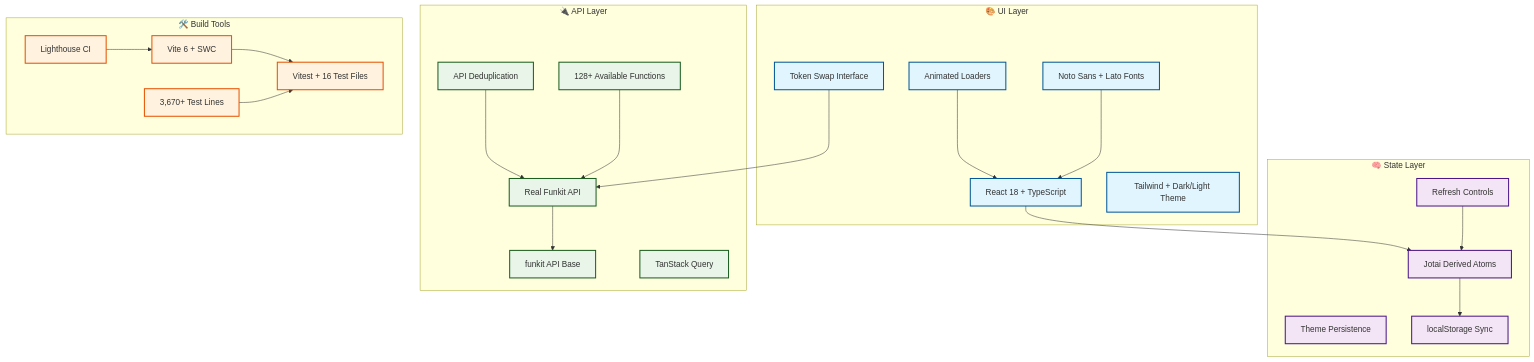
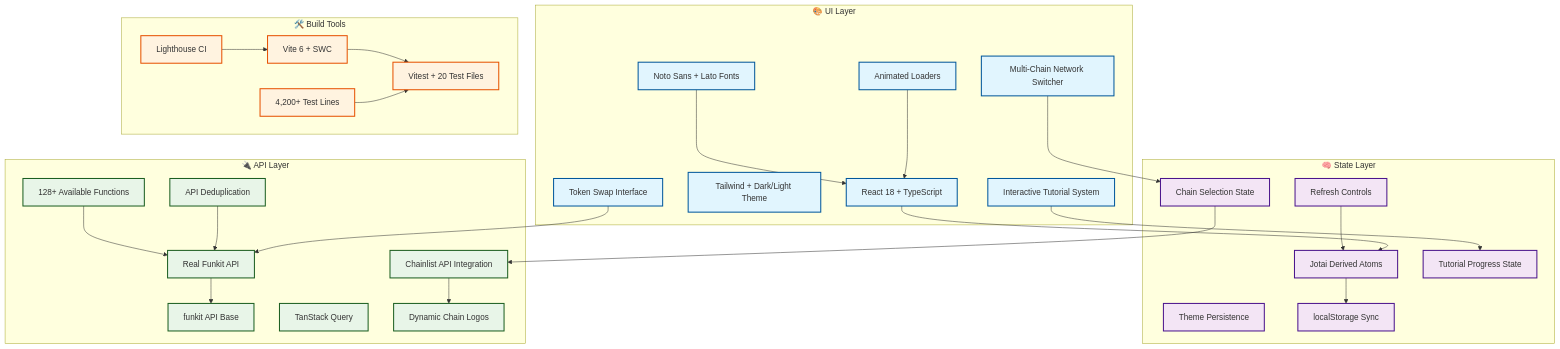
Before and after one commit to cheshirecode/test-funxyz-tryout: the diagram in README.md, drawn with Mermaid. The commit also changed other lines of this file, not shown here.

Commit message:
docs: update README with tutorial and network switcher features
- Add Interactive Learning & Multi-Chain Support section
- Update architecture diagram with new UI components and state management
- Document tutorial system with keyboard accessibility and smart positioning
- Document multi-chain network switcher with Chainlist.org integration
- Update test coverage numbers (20 test files, 4,200+ lines)
- Add business logic separation and component composition details
- Update mermaid diagram to reflect new features and APIs

Features highlighted:
- Guided tutorial system with ESC key support
- Multi-chain network switcher with persistent state
- Dynamic chain logo fetching with fallbacks
- Feature-based hooks architecture
- Enhanced accessibility and user experience

````diff
--- a/README.md
+++ b/README.md
@@ -21,55 +21,65 @@
 ```mermaid
 flowchart TB
     subgraph "🎨 UI Layer"
         A[React 18 + TypeScript]
         B[Tailwind + Dark/Light Theme]
         C[Token Swap Interface]
         L[Animated Loaders]
         M[Noto Sans + Lato Fonts]
+        S[Interactive Tutorial System]
+        T[Multi-Chain Network Switcher]
     end
 
     subgraph "🧠 State Layer"
         D[Jotai Derived Atoms]
         E[Theme Persistence]
         F[localStorage Sync]
         N[Refresh Controls]
+        U[Chain Selection State]
+        V[Tutorial Progress State]
     end
 
     subgraph "🔌 API Layer"
         G[Real Funkit API]
         H[funkit API Base]
         I[TanStack Query]
         O[API Deduplication]
         P[128+ Available Functions]
+        W[Chainlist API Integration]
+        X[Dynamic Chain Logos]
     end
 
     subgraph "🛠️ Build Tools"
         J[Vite 6 + SWC]
-        K[Vitest + 16 Test Files]
+        K[Vitest + 20 Test Files]
         Q[Lighthouse CI]
-        R[3,670+ Test Lines]
+        R[4,200+ Test Lines]
     end
 
     A --> D
     D --> F
     C --> G
     G --> H
     J --> K
     L --> A
     M --> A
     N --> D
     O --> G
     P --> G
     Q --> J
     R --> K
+    S --> V
+    T --> U
+    U --> W
+    W --> X
 
     classDef ui fill:#e1f5fe,stroke:#01579b,stroke-width:2px
     classDef state fill:#f3e5f5,stroke:#4a148c,stroke-width:2px
     classDef api fill:#e8f5e8,stroke:#1b5e20,stroke-width:2px
     classDef build fill:#fff3e0,stroke:#e65100,stroke-width:2px
 
-    class A,B,C,L,M ui
-    class D,E,F,N state
-    class G,H,I,O,P api
+    class A,B,C,L,M,S,T ui
+    class D,E,F,N,U,V state
+    class G,H,I,O,P,W,X api
     class J,K,Q,R build
 ```
````
